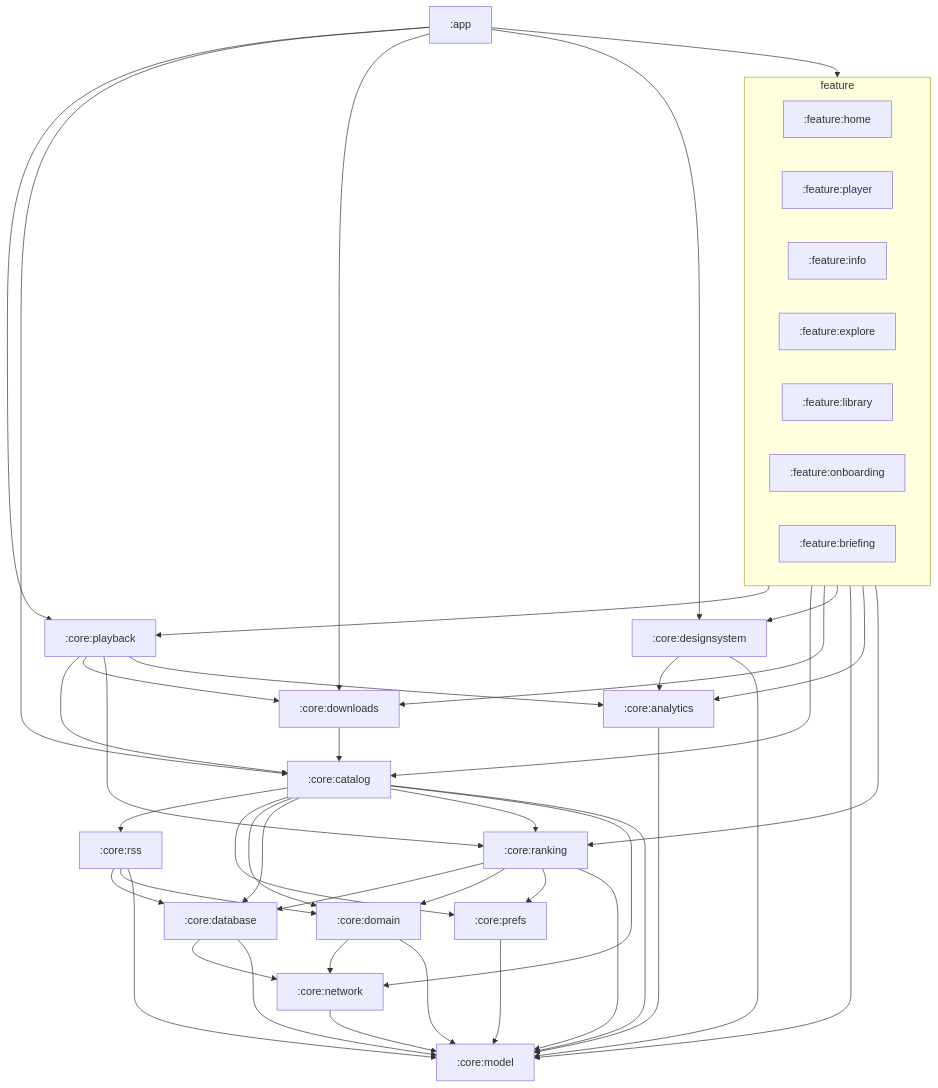
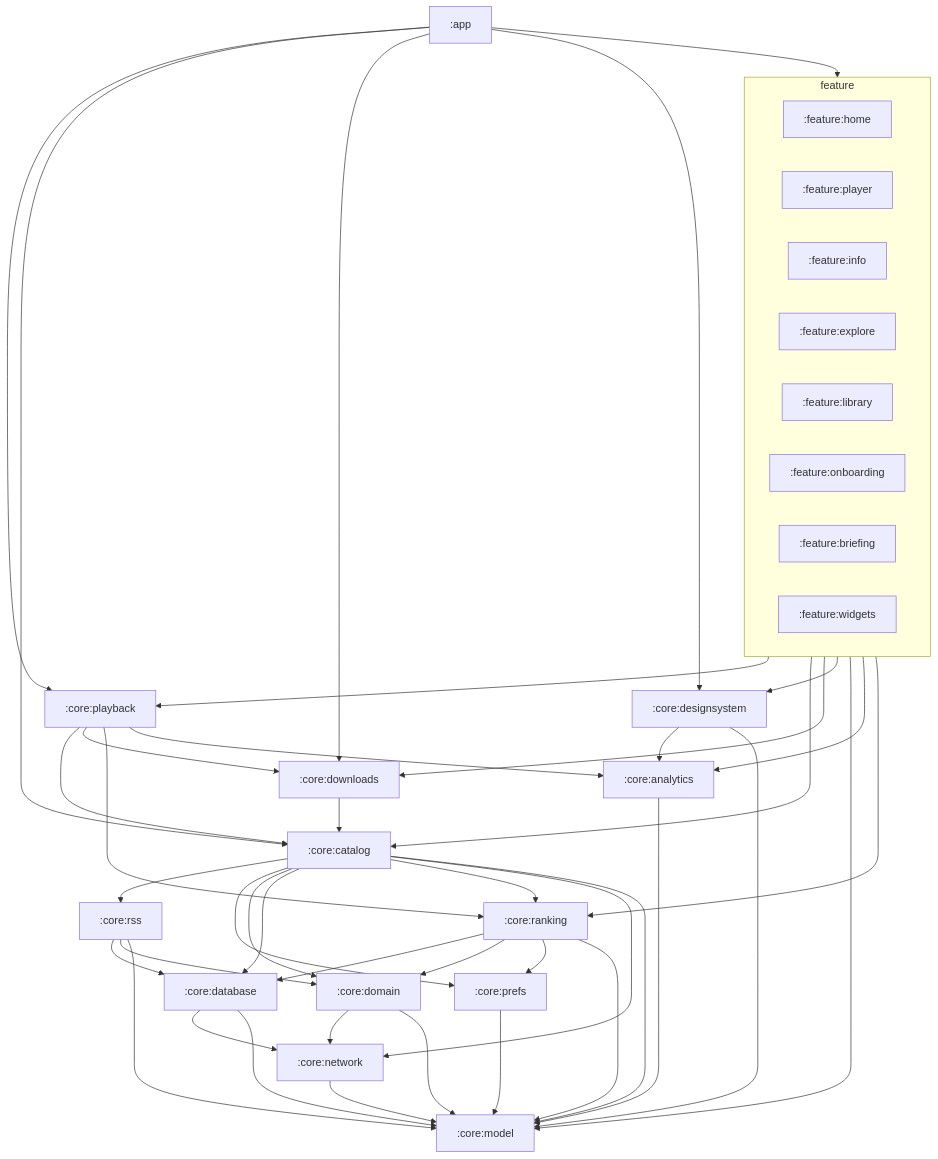
Before and after one commit to boxcreate/boxlore: the diagram in ARCHITECTURE.md, drawn with Mermaid. The commit also changed other lines of this file and 97 other files, not shown here.

````diff
--- a/ARCHITECTURE.md
+++ b/ARCHITECTURE.md
@@ -85,66 +86,67 @@
 ```mermaid
 flowchart TB
   app[:app]
   subgraph features [feature]
     home[:feature:home]
     player[:feature:player]
     info[:feature:info]
     explore[:feature:explore]
     library[:feature:library]
     onboarding[:feature:onboarding]
     briefing[:feature:briefing]
+    widgets[:feature:widgets]
   end
   playback[:core:playback]
   catalog[:core:catalog]
   rss[:core:rss]
   analytics[:core:analytics]
   downloads[:core:downloads]
   ranking[:core:ranking]
   prefs[:core:prefs]
   domain[:core:domain]
   database[:core:database]
   network[:core:network]
   design[:core:designsystem]
   model[:core:model]
 
   app --> features
   app --> playback
   app --> catalog
   app --> downloads
   app --> design
   features --> playback
   features --> catalog
   features --> downloads
   features --> design
   features --> model
   playback --> catalog
   playback --> downloads
   downloads --> catalog
   catalog --> rss
   catalog --> prefs
   catalog --> domain
   catalog --> database
   catalog --> ranking
   catalog --> network
   catalog --> model
   features --> analytics
   features --> ranking
   playback --> ranking
   playback --> analytics
   design --> analytics
   rss --> database
   rss --> domain
   rss --> model
   ranking --> database
   ranking --> domain
   ranking --> prefs
   ranking --> model
   analytics --> model
   prefs --> model
   domain --> network
   domain --> model
   database --> network
   database --> model
   design --> model
   network --> model
 ```
````
